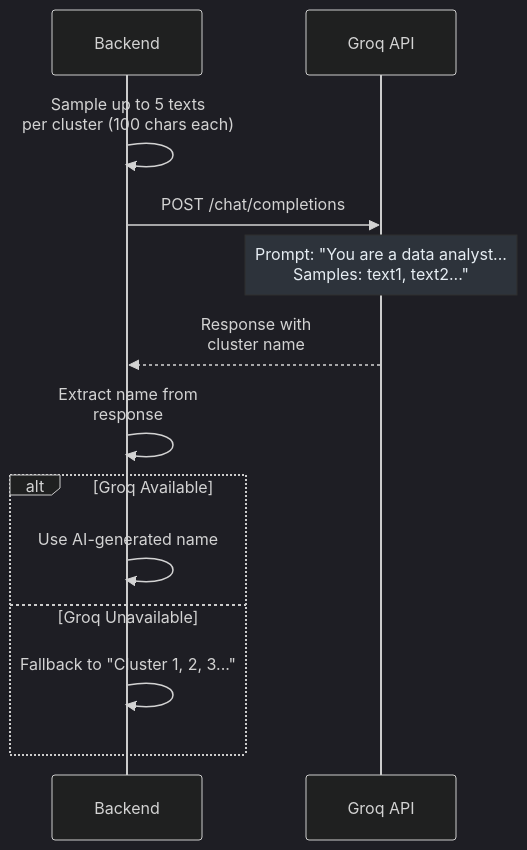
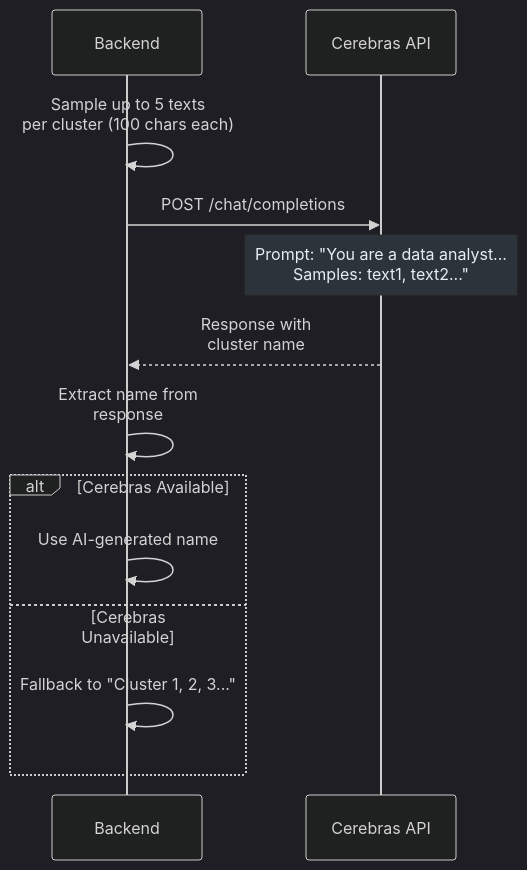
Before and after one commit to Nicky9319/natural_language_clustering: the seventh of 8 diagrams in README.md, drawn with Mermaid. The commit also changed other lines of this file and 9 other files, not shown here.

Commit message:
Updated the Code to use cerebras rather than groq for clustering

````diff
--- a/README.md
+++ b/README.md
@@ -264,17 +264,17 @@
 ```mermaid
 %%{init: {'theme': 'dark', 'themeVariables': { 'primaryColor': '#58a6ff', 'lineColor': '#8b949e', 'tertiaryColor': '#d29922', 'noteBkgColor': '#2d333b', 'noteTextColor': '#e6edf3' }} }%%
 sequenceDiagram
     participant BE as Backend
-    participant Groq as Groq API
+    participant Cerebras as Cerebras API
 
     BE->>BE: Sample up to 5 texts<br/>per cluster (100 chars each)
-    BE->>Groq: POST /chat/completions
-    Note over Groq: Prompt: "You are a data analyst...<br/>Samples: text1, text2..."
-    Groq-->>BE: Response with<br/>cluster name
+    BE->>Cerebras: POST /chat/completions
+    Note over Cerebras: Prompt: "You are a data analyst...<br/>Samples: text1, text2..."
+    Cerebras-->>BE: Response with<br/>cluster name
     BE->>BE: Extract name from<br/>response
-    alt Groq Available
+    alt Cerebras Available
         BE->>BE: Use AI-generated name
-    else Groq Unavailable
+    else Cerebras Unavailable
         BE->>BE: Fallback to "Cluster 1, 2, 3..."
     end
 ```
````
